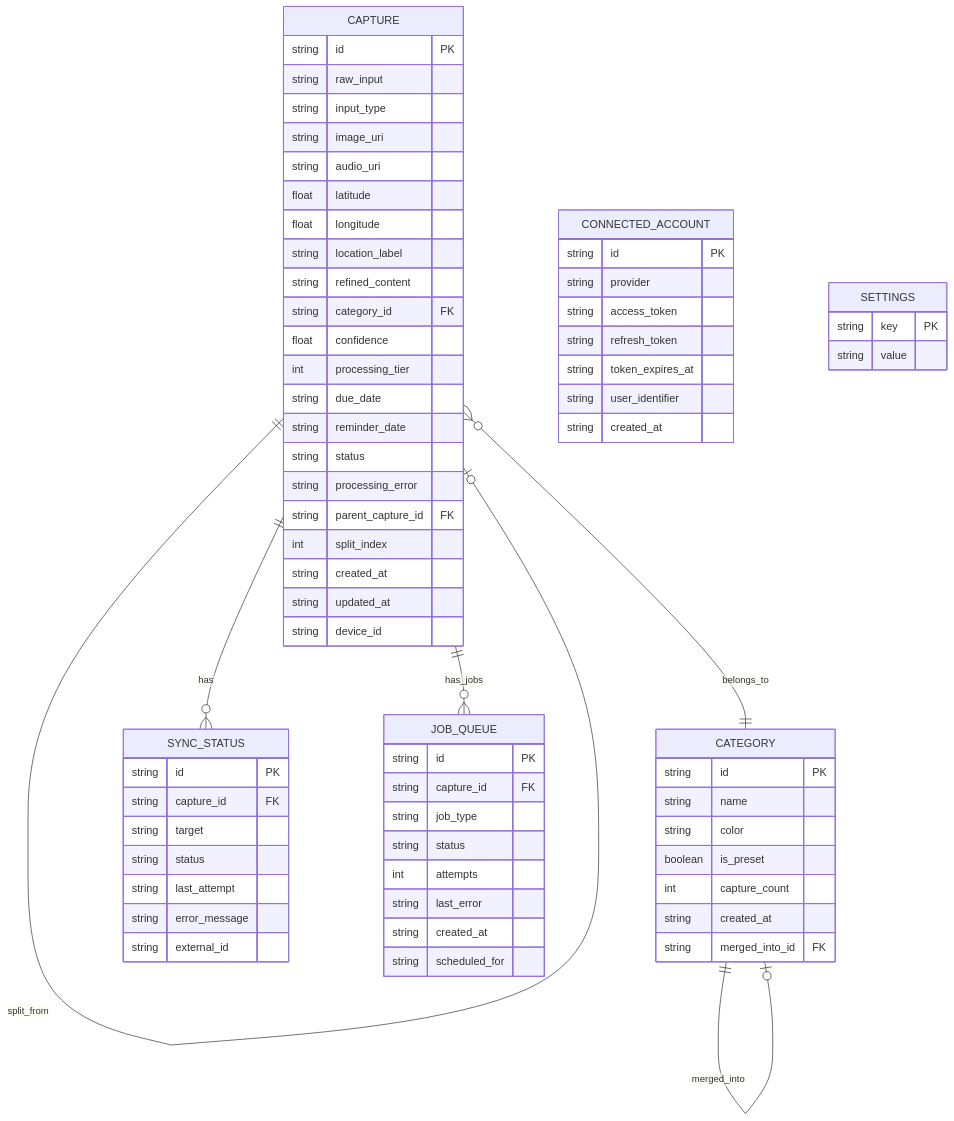
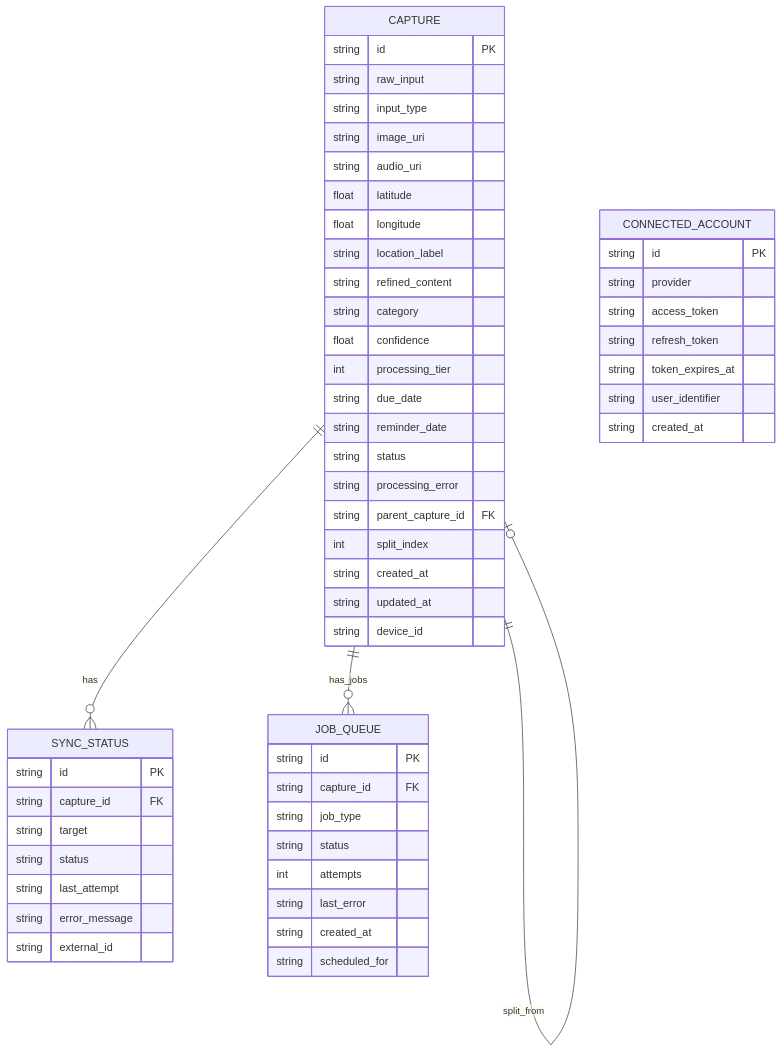
One commit to paulrhaydock/capture-do changed the diagram in plans/feat-capture-do-mobile-app.md. Above: the diagram before and after it, drawn with Mermaid. The commit also changed other lines of this file and 4 other files, not shown here.

First line of the commit message:
feat: simplify architecture - remove Bridge, 2-tier processing, fixed categories

````diff
--- a/plans/feat-capture-do-mobile-app.md
+++ b/plans/feat-capture-do-mobile-app.md
@@ -1644,78 +1393,61 @@
 ```mermaid
 erDiagram
     CAPTURE {
         string id PK
         string raw_input
         string input_type
         string image_uri
         string audio_uri
         float latitude
         float longitude
         string location_label
         string refined_content
-        string category_id FK
+        string category
         float confidence
         int processing_tier
         string due_date
         string reminder_date
         string status
         string processing_error
         string parent_capture_id FK
         int split_index
         string created_at
         string updated_at
         string device_id
-    }
-
-    CATEGORY {
-        string id PK
-        string name
-        string color
-        boolean is_preset
-        int capture_count
-        string created_at
-        string merged_into_id FK
     }
 
     SYNC_STATUS {
         string id PK
         string capture_id FK
         string target
         string status
         string last_attempt
         string error_message
         string external_id
     }
 
     CONNECTED_ACCOUNT {
         string id PK
         string provider
         string access_token
         string refresh_token
         string token_expires_at
         string user_identifier
         string created_at
     }
 
     JOB_QUEUE {
         string id PK
         string capture_id FK
         string job_type
         string status
         int attempts
         string last_error
         string created_at
         string scheduled_for
     }
 
-    SETTINGS {
-        string key PK
-        string value
-    }
-
-    CAPTURE }o--|| CATEGORY : belongs_to
     CAPTURE ||--o{ SYNC_STATUS : has
     CAPTURE ||--o| CAPTURE : split_from
-    CATEGORY ||--o| CATEGORY : merged_into
     CAPTURE ||--o{ JOB_QUEUE : has_jobs
 ```
````
